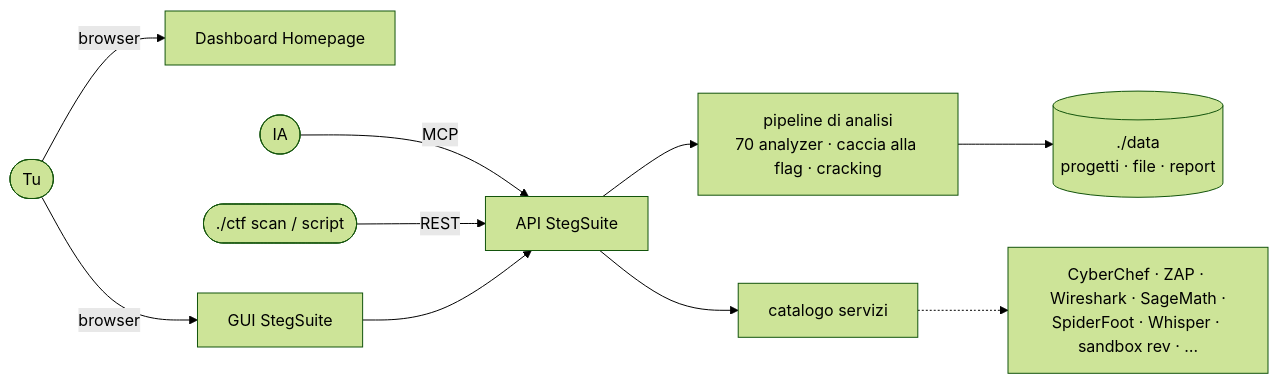
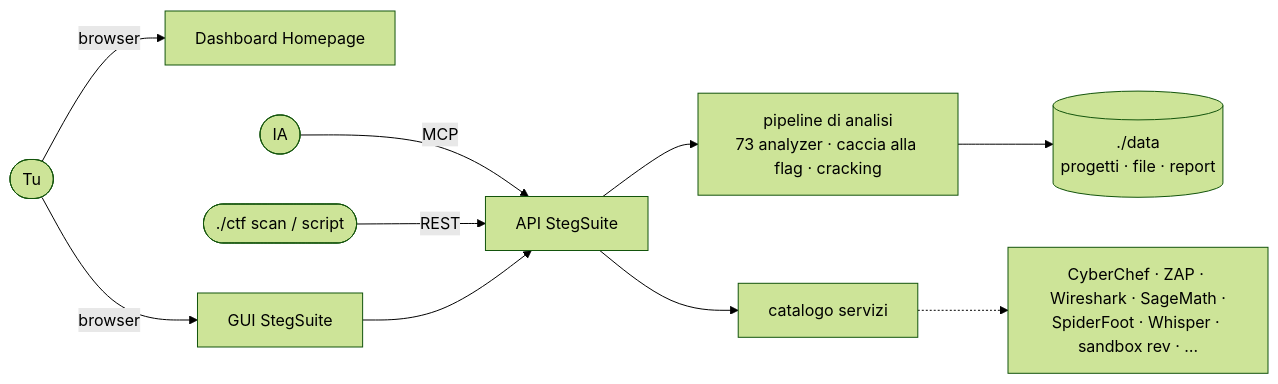
The diagram in README.it.md (dexRand/ctf-docker), drawn with Mermaid (forest theme) before and after one commit. The commit also changed other lines of this file and 10 other files, not shown here.

````diff
--- a/README.it.md
+++ b/README.it.md
@@ -88,12 +88,12 @@
 ```mermaid
 flowchart LR
   tu([Tu]) -->|browser| dash[Dashboard Homepage]
   tu -->|browser| ss[GUI StegSuite]
   ia([IA]) -->|MCP| api
   cli([./ctf scan / script]) -->|REST| api
   ss --> api[API StegSuite]
-  api --> pipe[pipeline di analisi<br/>70 analyzer · caccia alla flag · cracking]
+  api --> pipe[pipeline di analisi<br/>73 analyzer · caccia alla flag · cracking]
   pipe --> data[(./data<br/>progetti · file · report)]
   api --> svc[catalogo servizi]
   svc -.-> tools[CyberChef · ZAP · Wireshark · SageMath ·<br/>SpiderFoot · Whisper · sandbox rev · …]
 ```
````
